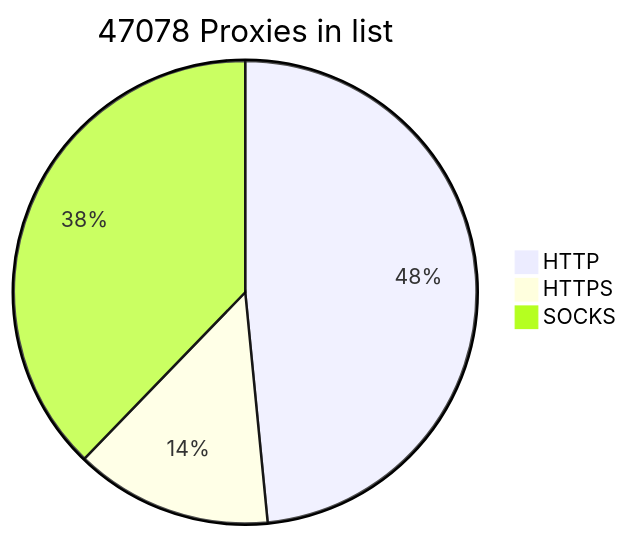
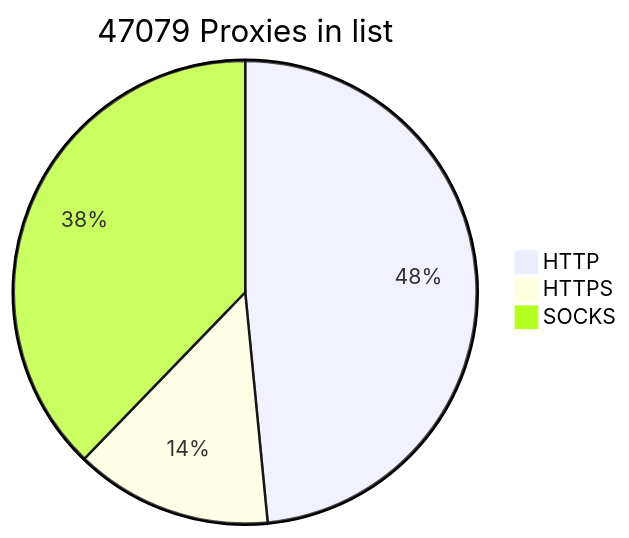
One commit to BlackSnowDot/proxylist-update-every-minute changed the diagram in README.md. Above: the diagram before and after it, drawn with Mermaid.

````diff
--- a/README.md
+++ b/README.md
@@ -2,6 +2,6 @@
 ```mermaid
-pie title 47078 Proxies in list
+pie title 47079 Proxies in list
     "HTTP" : 25468
     "HTTPS": 7239
-    "SOCKS" : 19855
+    "SOCKS" : 19856
 ```
````
